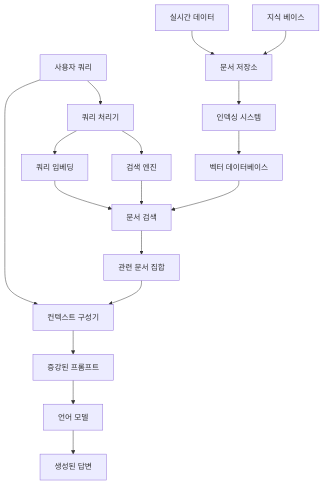
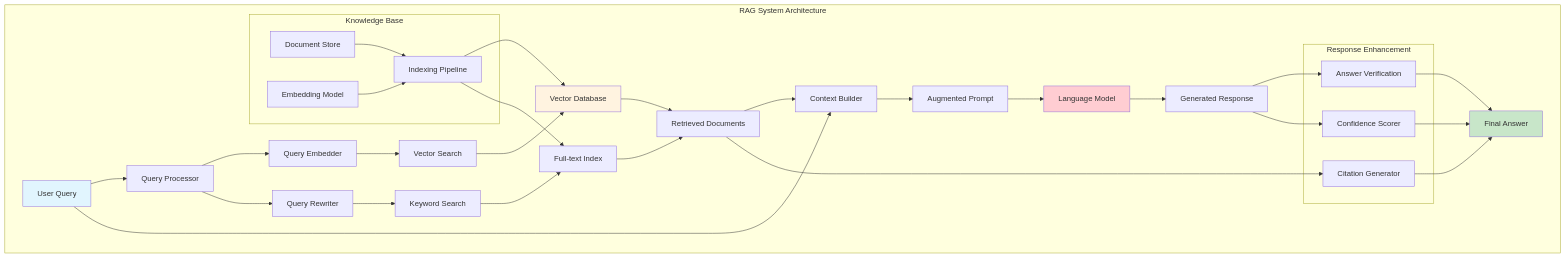
The diagram in _posts/2024-10-22-rag-systems-complete-guide.md (leeyonghe/ai-blog), drawn with Mermaid before and after one commit. The commit also changed 12 other files, not shown here.

````diff
--- a/_posts/2024-10-22-rag-systems-complete-guide.md
+++ b/_posts/2024-10-22-rag-systems-complete-guide.md
@@ -17,24 +17,53 @@
-```mermaid
-graph TD
-    A[사용자 쿼리] --> B[쿼리 처리기]
-    B --> C[검색 엔진]
-    B --> D[쿼리 임베딩]
+<div class="mermaid">
+graph TB
+    subgraph "RAG System Architecture"
+        A[User Query] --> B[Query Processor]
+        B --> C[Query Embedder]
+        B --> D[Query Rewriter]
+        
+        C --> E[Vector Search]
+        D --> F[Keyword Search]
+        
+        E --> G[Vector Database]
+        F --> H[Full-text Index]
+        
+        G --> I[Retrieved Documents]
+        H --> I
+        
+        I --> J[Context Builder]
+        A --> J
+        J --> K[Augmented Prompt]
+        
+        K --> L[Language Model]
+        L --> M[Generated Response]
+        
+        subgraph "Knowledge Base"
+            N[Document Store]
+            O[Embedding Model]
+            P[Indexing Pipeline]
+        end
+        
+        N --> P
+        O --> P
+        P --> G
+        P --> H
+        
+        subgraph "Response Enhancement"
+            Q[Answer Verification]
+            R[Citation Generator]
+            S[Confidence Scorer]
+        end
+        
+        M --> Q
+        I --> R
+        M --> S
+        Q --> T[Final Answer]
+        R --> T
+        S --> T
+    end
     
-    C --> E[문서 검색]
-    D --> E
-    E --> F[관련 문서 집합]
-    
-    F --> G[컨텍스트 구성기]
-    A --> G
-    G --> H[증강된 프롬프트]
-    
-    H --> I[언어 모델]
-    I --> J[생성된 답변]
-    
-    K[문서 저장소] --> L[인덱싱 시스템]
-    L --> M[벡터 데이터베이스]
-    M --> E
-    
-    N[지식 베이스] --> K
-    O[실시간 데이터] --> K
-```
+    style A fill:#e1f5fe
+    style T fill:#c8e6c9
+    style L fill:#ffcdd2
+    style G fill:#fff3e0
+</div>
````
